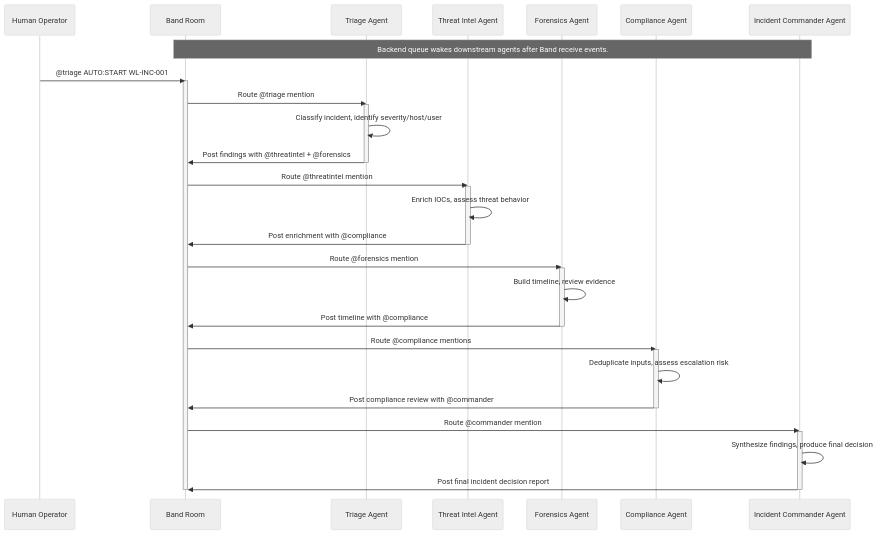
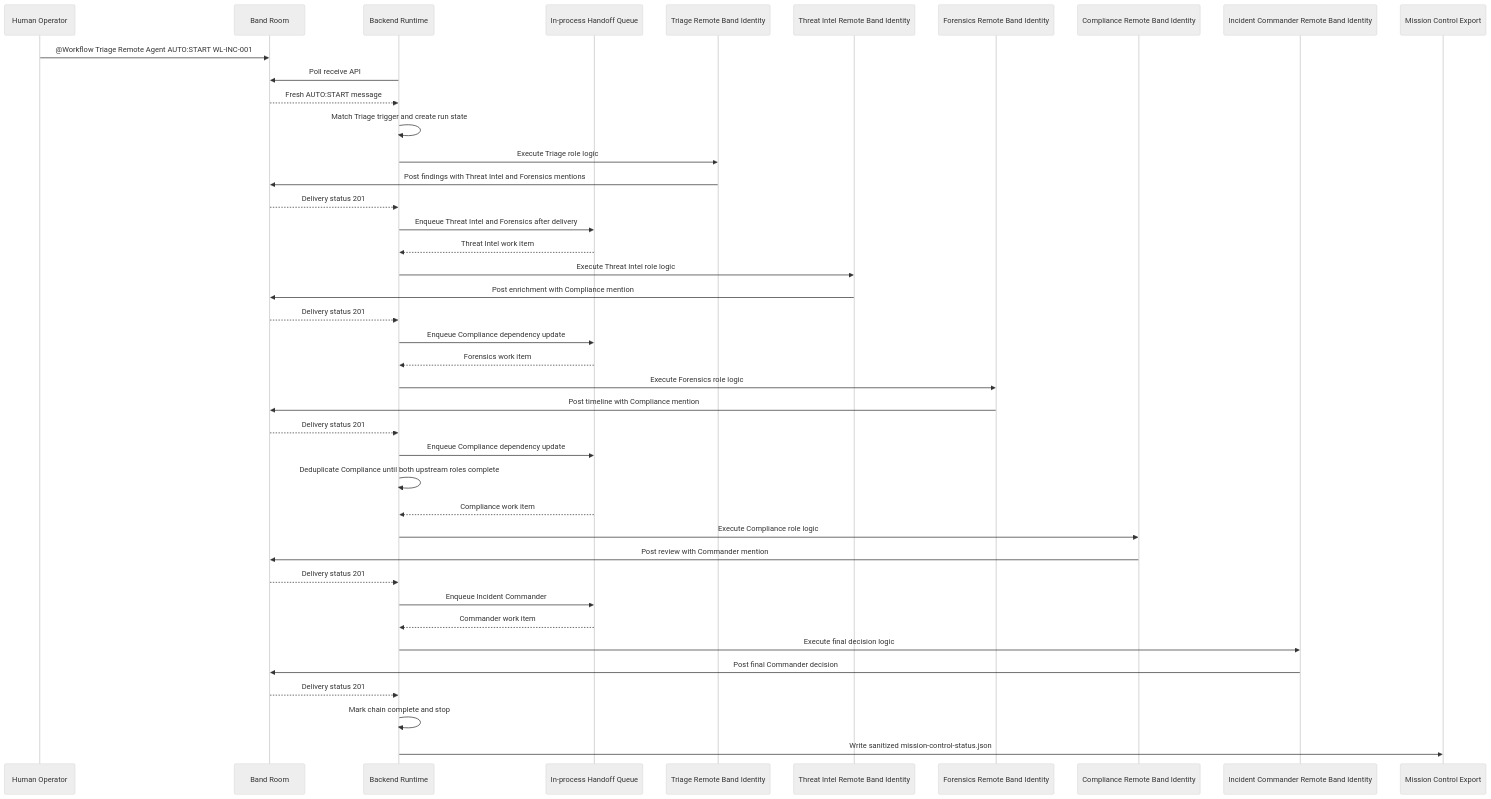
Before and after one commit to CapuchaRojo/Workflow-Legion: the diagram in docs/incident-sequence.md, drawn with Mermaid (neutral theme). The commit also changed other lines of this file, not shown here.

Commit message:
docs: clarify current incident sequence boundaries

````diff
--- a/docs/incident-sequence.md
+++ b/docs/incident-sequence.md
@@ -3,41 +5,49 @@
 ```mermaid
 sequenceDiagram
     participant Human as Human Operator
     participant Band as Band Room
-    participant Triage as Triage Agent
-    participant ThreatIntel as Threat Intel Agent
-    participant Forensics as Forensics Agent
-    participant Compliance as Compliance Agent
-    participant Commander as Incident Commander Agent
+    participant Runtime as Backend Runtime
+    participant Queue as In-process Handoff Queue
+    participant Triage as Triage Remote Band Identity
+    participant ThreatIntel as Threat Intel Remote Band Identity
+    participant Forensics as Forensics Remote Band Identity
+    participant Compliance as Compliance Remote Band Identity
+    participant Commander as Incident Commander Remote Band Identity
+    participant Mission as Mission Control Export
 
-    Note over Band,Commander: Backend queue wakes downstream agents after Band receive events.
+    Human->>Band: @Workflow Triage Remote Agent AUTO:START WL-INC-001
+    Runtime->>Band: Poll receive API
+    Band-->>Runtime: Fresh AUTO:START message
+    Runtime->>Runtime: Match Triage trigger and create run state
 
-    Human->>Band: @triage AUTO:START WL-INC-001
-    activate Band
-    Band->>Triage: Route @triage mention
-    activate Triage
-    Triage->>Triage: Classify incident, identify severity/host/user
-    Triage->>Band: Post findings with @threatintel + @forensics
-    deactivate Triage
-    Band->>ThreatIntel: Route @threatintel mention
-    activate ThreatIntel
-    ThreatIntel->>ThreatIntel: Enrich IOCs, assess threat behavior
-    ThreatIntel->>Band: Post enrichment with @compliance
-    deactivate ThreatIntel
-    Band->>Forensics: Route @forensics mention
-    activate Forensics
-    Forensics->>Forensics: Build timeline, review evidence
-    Forensics->>Band: Post timeline with @compliance
-    deactivate Forensics
-    Band->>Compliance: Route @compliance mentions
-    activate Compliance
-    Compliance->>Compliance: Deduplicate inputs, assess escalation risk
-    Compliance->>Band: Post compliance review with @commander
-    deactivate Compliance
-    Band->>Commander: Route @commander mention
-    activate Commander
-    Commander->>Commander: Synthesize findings, produce final decision
-    Commander->>Band: Post final incident decision report
-    deactivate Commander
-    deactivate Band
+    Runtime->>Triage: Execute Triage role logic
+    Triage->>Band: Post findings with Threat Intel and Forensics mentions
+    Band-->>Runtime: Delivery status 201
+    Runtime->>Queue: Enqueue Threat Intel and Forensics after delivery
+
+    Queue-->>Runtime: Threat Intel work item
+    Runtime->>ThreatIntel: Execute Threat Intel role logic
+    ThreatIntel->>Band: Post enrichment with Compliance mention
+    Band-->>Runtime: Delivery status 201
+    Runtime->>Queue: Enqueue Compliance dependency update
+
+    Queue-->>Runtime: Forensics work item
+    Runtime->>Forensics: Execute Forensics role logic
+    Forensics->>Band: Post timeline with Compliance mention
+    Band-->>Runtime: Delivery status 201
+    Runtime->>Queue: Enqueue Compliance dependency update
+
+    Runtime->>Runtime: Deduplicate Compliance until both upstream roles complete
+    Queue-->>Runtime: Compliance work item
+    Runtime->>Compliance: Execute Compliance role logic
+    Compliance->>Band: Post review with Commander mention
+    Band-->>Runtime: Delivery status 201
+    Runtime->>Queue: Enqueue Incident Commander
+
+    Queue-->>Runtime: Commander work item
+    Runtime->>Commander: Execute final decision logic
+    Commander->>Band: Post final Commander decision
+    Band-->>Runtime: Delivery status 201
+    Runtime->>Runtime: Mark chain complete and stop
+    Runtime->>Mission: Write sanitized mission-control-status.json
 ```
````
